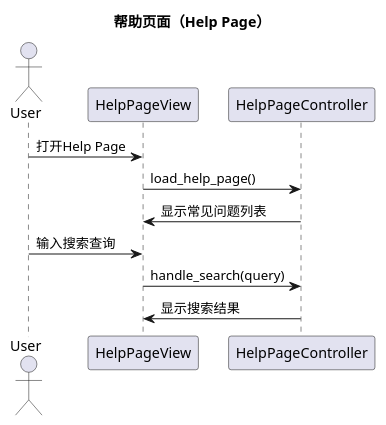
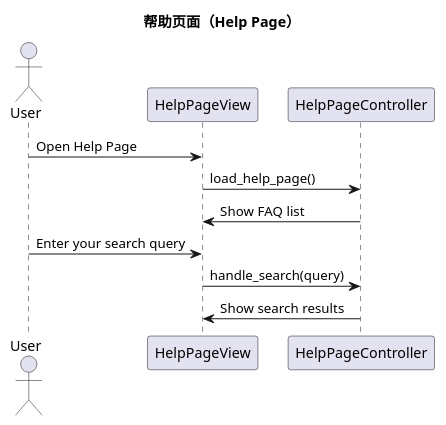
The sixth of 16 diagrams in planing/class_diagrams.md (violeteye1234/group23_COMPS350F), drawn with PlantUML before and after one commit. The commit also changed other lines of this file and 45 other files, not shown here.

````diff
--- a/planing/class_diagrams.md
+++ b/planing/class_diagrams.md
@@ -215,16 +215,16 @@
 ```plantuml
 @startuml
 title 帮助页面（Help Page）
 
 actor User
 participant "HelpPageView" as View
 participant "HelpPageController" as Controller
 
-User -> View: 打开Help Page
+User -> View: Open Help Page
 View -> Controller: load_help_page()
-Controller -> View: 显示常见问题列表
-User -> View: 输入搜索查询
+Controller -> View: Show FAQ list
+User -> View: Enter your search query
 View -> Controller: handle_search(query)
-Controller -> View: 显示搜索结果
+Controller -> View: Show search results
 @enduml
 ```
````
